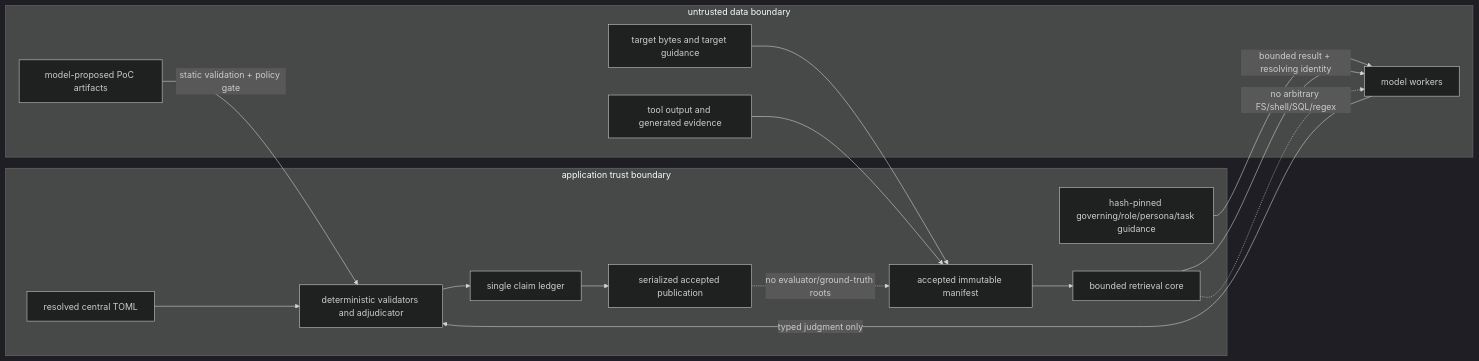
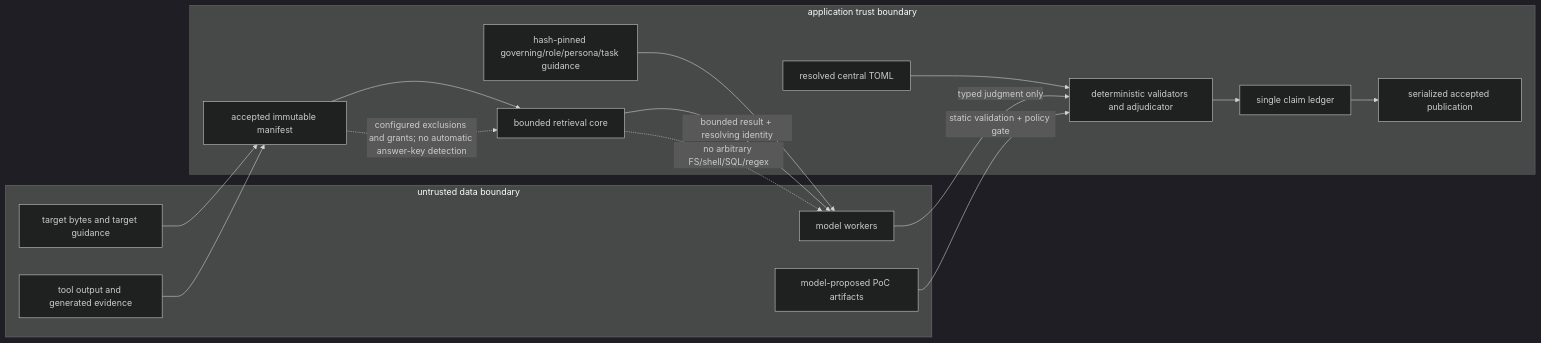
Before and after one commit to wsollers/appsec-review: the second of 4 diagrams in docs/architecture/inference-security-review.md, drawn with Mermaid (dark theme). The commit also changed other lines of this file and 24 other files, not shown here.

First line of the commit message:
Reconcile review and evidence architecture documentation

````diff
--- a/docs/architecture/inference-security-review.md
+++ b/docs/architecture/inference-security-review.md
@@ -203,30 +204,30 @@
 ```mermaid
 flowchart LR
   subgraph Trusted[application trust boundary]
     CFG[resolved central TOML]
     GR[hash-pinned governing/role/persona/task guidance]
     AM[accepted immutable manifest]
     RC[bounded retrieval core]
     V[deterministic validators and adjudicator]
     CL[single claim ledger]
     PUB[serialized accepted publication]
   end
   subgraph Untrusted[untrusted data boundary]
     T[target bytes and target guidance]
     E[tool output and generated evidence]
     M[model workers]
     P[model-proposed PoC artifacts]
   end
   AM --> RC
   T --> AM
   E --> AM
   CFG --> V
   GR --> M
   RC -->|bounded result + resolving identity| M
   M -->|typed judgment only| V
   P -->|static validation + policy gate| V
   V --> CL
   CL --> PUB
   RC -. no arbitrary FS/shell/SQL/regex .-> M
-  PUB -. no evaluator/ground-truth roots .-> AM
+  AM -. "configured exclusions and grants; no automatic answer-key detection" .-> RC
 ```
````
